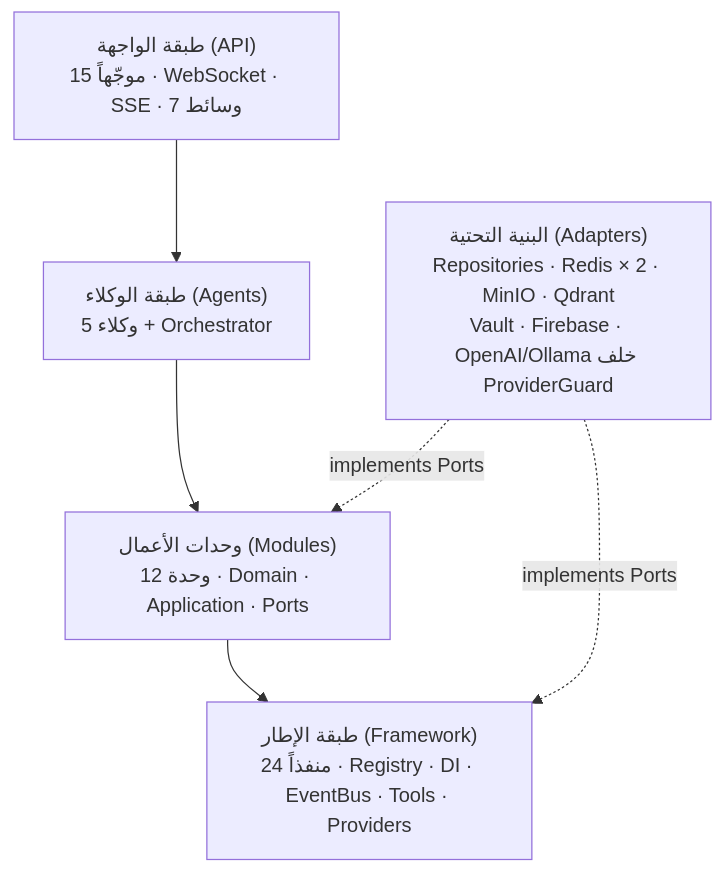
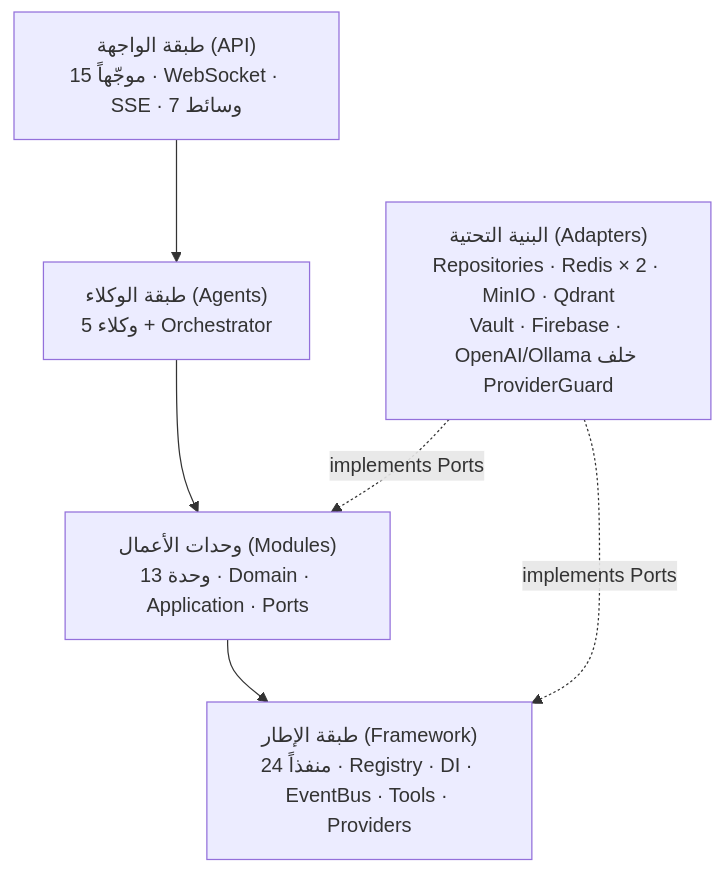
Before and after one commit to anastawahia/aizzak: the third of 8 diagrams in docs/architecture.md, drawn with Mermaid. The commit also changed other lines of this file and 3 other files, not shown here.

First line of the commit message:
docs: nine contracts and the electrical module in the architecture docs (PLT-23)

````diff
--- a/docs/architecture.md
+++ b/docs/architecture.md
@@ -242,14 +242,14 @@
 ```mermaid
 graph TD
     API["طبقة الواجهة (API)<br/>15 موجّهاً · WebSocket · SSE · 7 وسائط"]
     Agents["طبقة الوكلاء (Agents)<br/>5 وكلاء + Orchestrator"]
-    Modules["وحدات الأعمال (Modules)<br/>12 وحدة · Domain · Application · Ports"]
+    Modules["وحدات الأعمال (Modules)<br/>13 وحدة · Domain · Application · Ports"]
     Framework["طبقة الإطار (Framework)<br/>24 منفذاً · Registry · DI · EventBus · Tools · Providers"]
     Infra["البنية التحتية (Adapters)<br/>Repositories · Redis × 2 · MinIO · Qdrant<br/>Vault · Firebase · OpenAI/Ollama خلف ProviderGuard"]
 
     API --> Agents
     Agents --> Modules
     Modules --> Framework
     Infra -. implements Ports .-> Modules
     Infra -. implements Ports .-> Framework
 ```
````
